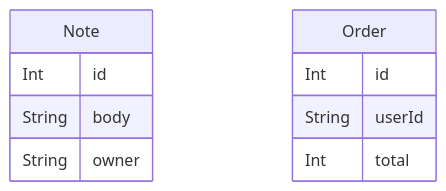
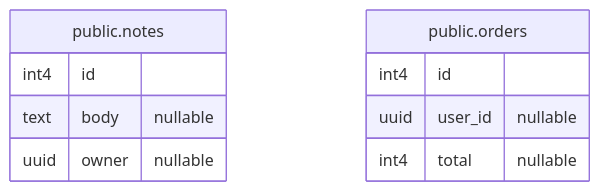
The diagram in fixtures/rls-scenario/golden/docs/data-model.md (SherifMoShalaby/keeldocs), drawn with Mermaid before and after one commit. The commit also changed other lines of this file and 43 other files, not shown here.

````diff
--- a/fixtures/rls-scenario/golden/docs/data-model.md
+++ b/fixtures/rls-scenario/golden/docs/data-model.md
@@ -9,13 +9,13 @@
 ```mermaid
 erDiagram
-  Note {
-    Int id
-    String body
-    String owner
+  public.notes {
+    int4 id
+    text body "nullable"
+    uuid owner "nullable"
   }
-  Order {
-    Int id
-    String userId
-    Int total
+  public.orders {
+    int4 id
+    uuid user_id "nullable"
+    int4 total "nullable"
   }
 ```
````
